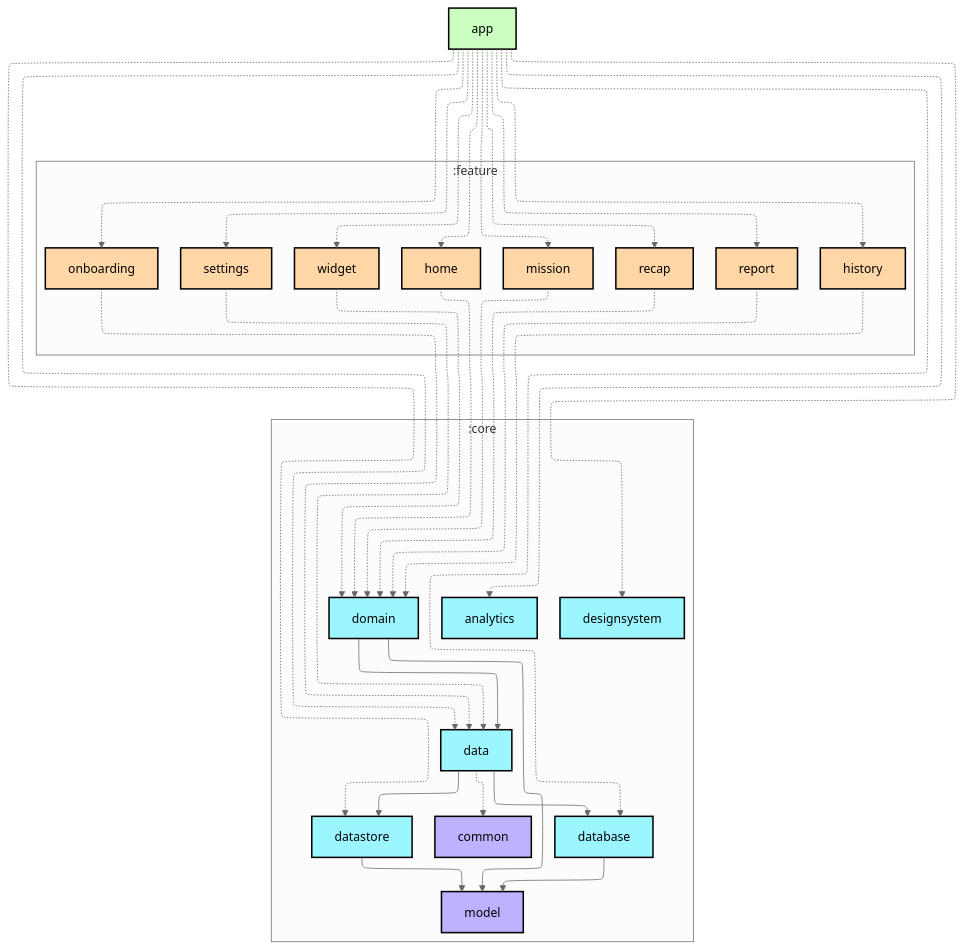
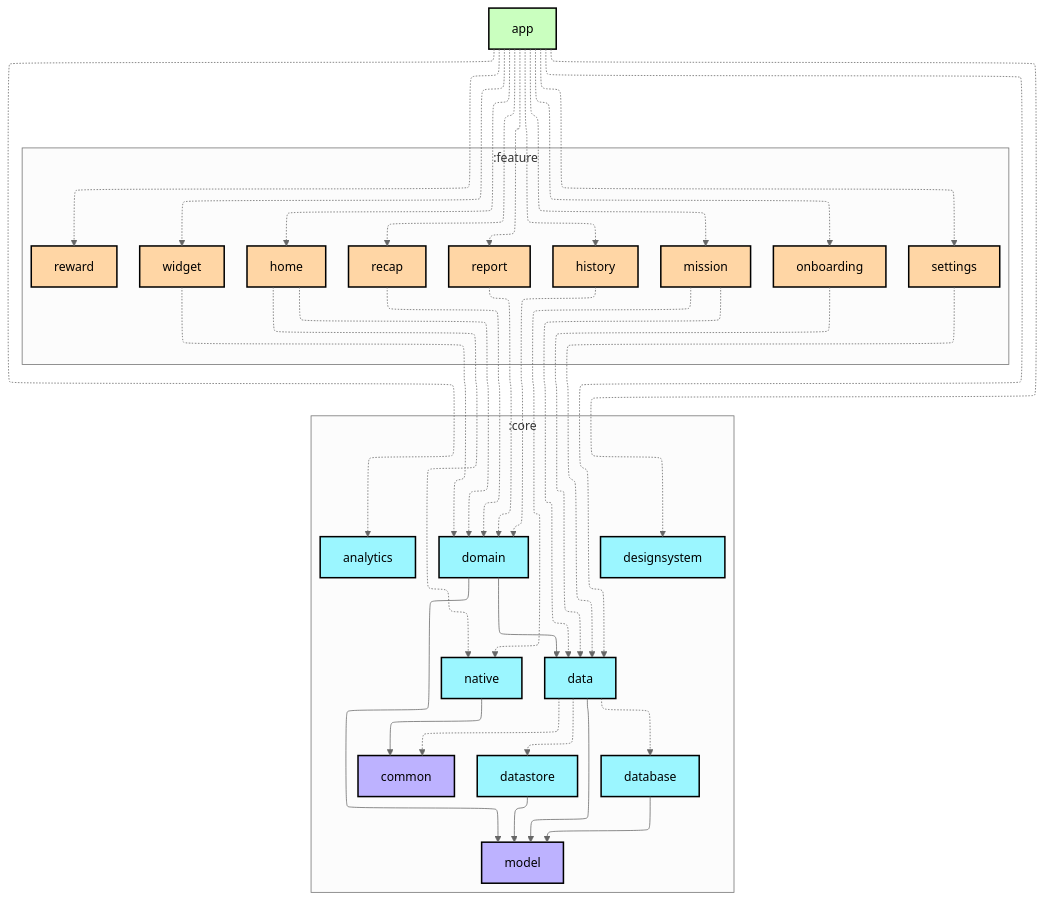
Before and after one commit to Sunior-k/walklog: the first of 2 diagrams in app/README.md, drawn with Mermaid (neutral theme). The commit also changed 52 other files, not shown here.

````diff
--- a/app/README.md
+++ b/app/README.md
@@ -8,71 +8,76 @@
 ```mermaid
 ---
 config:
   layout: elk
   elk:
     nodePlacementStrategy: SIMPLE
 ---
 graph TB
   :app[app]:::android-application
 
   subgraph :feature
     direction TB
     :feature:home[home]:::android-feature
     :feature:mission[mission]:::android-feature
     :feature:recap[recap]:::android-feature
     :feature:report[report]:::android-feature
     :feature:history[history]:::android-feature
     :feature:onboarding[onboarding]:::android-feature
     :feature:settings[settings]:::android-feature
     :feature:widget[widget]:::android-feature
+    :feature:reward[reward]:::android-feature
   end
 
   subgraph :core
     direction TB
     :core:domain[domain]:::android-library
     :core:data[data]:::android-library
     :core:database[database]:::android-library
     :core:datastore[datastore]:::android-library
+    :core:native[native]:::android-library
     :core:common[common]:::jvm-library
     :core:model[model]:::jvm-library
     :core:analytics[analytics]:::android-library
     :core:designsystem[designsystem]:::android-library
   end
 
   :app -.-> :feature:home
   :app -.-> :feature:mission
   :app -.-> :feature:recap
   :app -.-> :feature:report
   :app -.-> :feature:history
   :app -.-> :feature:onboarding
   :app -.-> :feature:settings
   :app -.-> :feature:widget
+  :app -.-> :feature:reward
   :app -.-> :core:analytics
   :app -.-> :core:data
-  :app -.-> :core:database
-  :app -.-> :core:datastore
   :app -.-> :core:designsystem
 
   :feature:home -.-> :core:domain
-  :feature:mission -.-> :core:domain
+  :feature:home -.-> :core:native
+  :feature:mission -.-> :core:data
+  :feature:mission -.-> :core:native
   :feature:recap -.-> :core:domain
   :feature:report -.-> :core:domain
   :feature:history -.-> :core:domain
   :feature:widget -.-> :core:domain
   :feature:onboarding -.-> :core:data
   :feature:settings -.-> :core:data
 
   :core:domain --> :core:data
   :core:domain --> :core:model
-  :core:data --> :core:database
-  :core:data --> :core:datastore
+  :core:native --> :core:common
+  :core:data --> :core:model
+  :core:data -.-> :core:database
+  :core:data -.-> :core:datastore
   :core:data -.-> :core:common
   :core:database --> :core:model
   :core:datastore --> :core:model
 
 classDef android-application fill:#CAFFBF,stroke:#000,stroke-width:2px,color:#000;
 classDef android-feature fill:#FFD6A5,stroke:#000,stroke-width:2px,color:#000;
 classDef android-library fill:#9BF6FF,stroke:#000,stroke-width:2px,color:#000;
 classDef android-test fill:#A0C4FF,stroke:#000,stroke-width:2px,color:#000;
 classDef jvm-library fill:#BDB2FF,stroke:#000,stroke-width:2px,color:#000;
 ```
````
